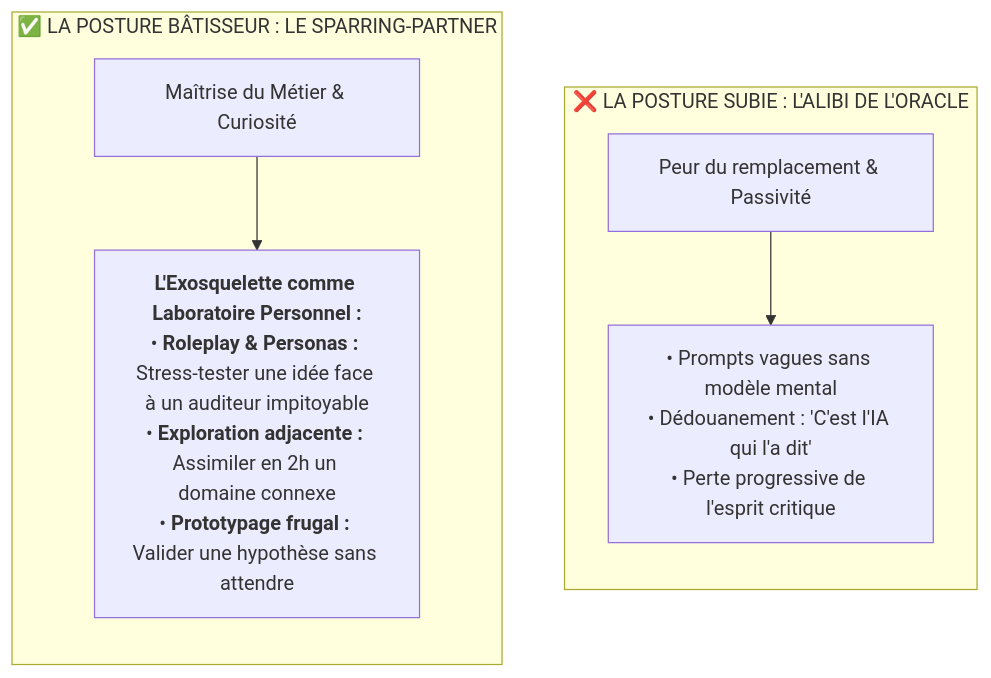
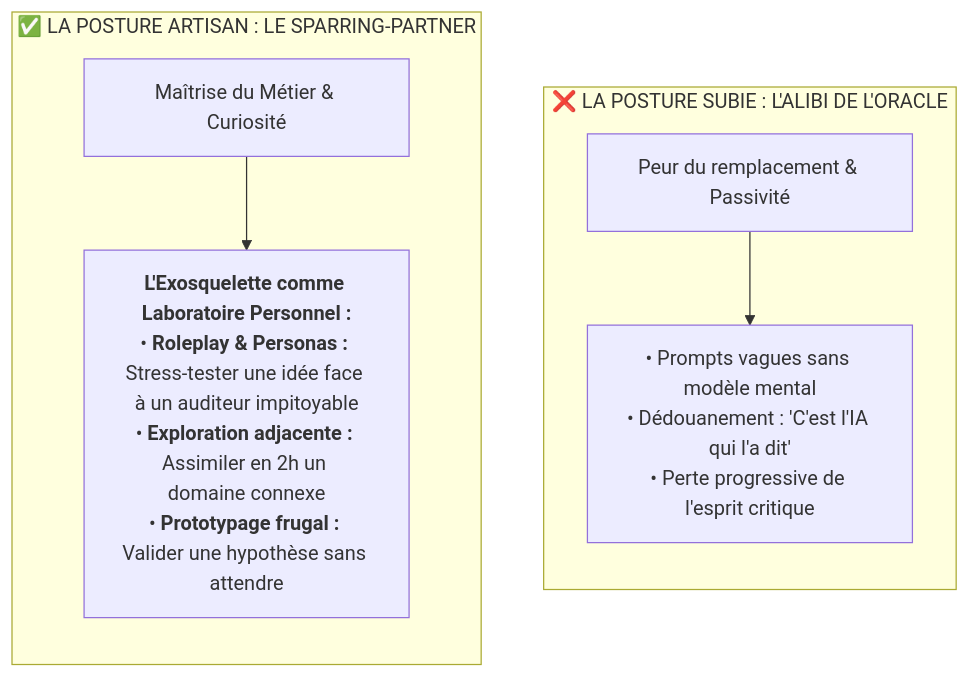
One commit to gpineda-dev/gpineda-dev.github.io changed the fifth of 10 diagrams in content/posts/2026-09-19-ai-exoskelton-for-builders-not-oracle.fr.md. Above: the diagram before and after it, drawn with Mermaid. The commit also changed other lines of this file and 1 other file, not shown here.

````diff
--- a/content/posts/2026-09-19-ai-exoskelton-for-builders-not-oracle.fr.md
+++ b/content/posts/2026-09-19-ai-exoskelton-for-builders-not-oracle.fr.md
@@ -225,11 +223,11 @@
 ```mermaid
 flowchart TD
     subgraph Passive["❌ LA POSTURE SUBIE : L'ALIBI DE L'ORACLE"]
         direction TB
         P1["Peur du remplacement & Passivité"] --> P2["• Prompts vagues sans modèle mental<br>• Dédouanement : 'C'est l'IA qui l'a dit'<br>• Perte progressive de l'esprit critique"]
     end
-    subgraph Active["✅ LA POSTURE BÂTISSEUR : LE SPARRING-PARTNER"]
+    subgraph Active["✅ LA POSTURE ARTISAN : LE SPARRING-PARTNER"]
         direction TB
         A1["Maîtrise du Métier & Curiosité"] --> A2["<b>L'Exosquelette comme Laboratoire Personnel :</b><br>• <b>Roleplay & Personas :</b> Stress-tester une idée face à un auditeur impitoyable<br>• <b>Exploration adjacente :</b> Assimiler en 2h un domaine connexe<br>• <b>Prototypage frugal :</b> Valider une hypothèse sans attendre"]
     end
 ```
````
